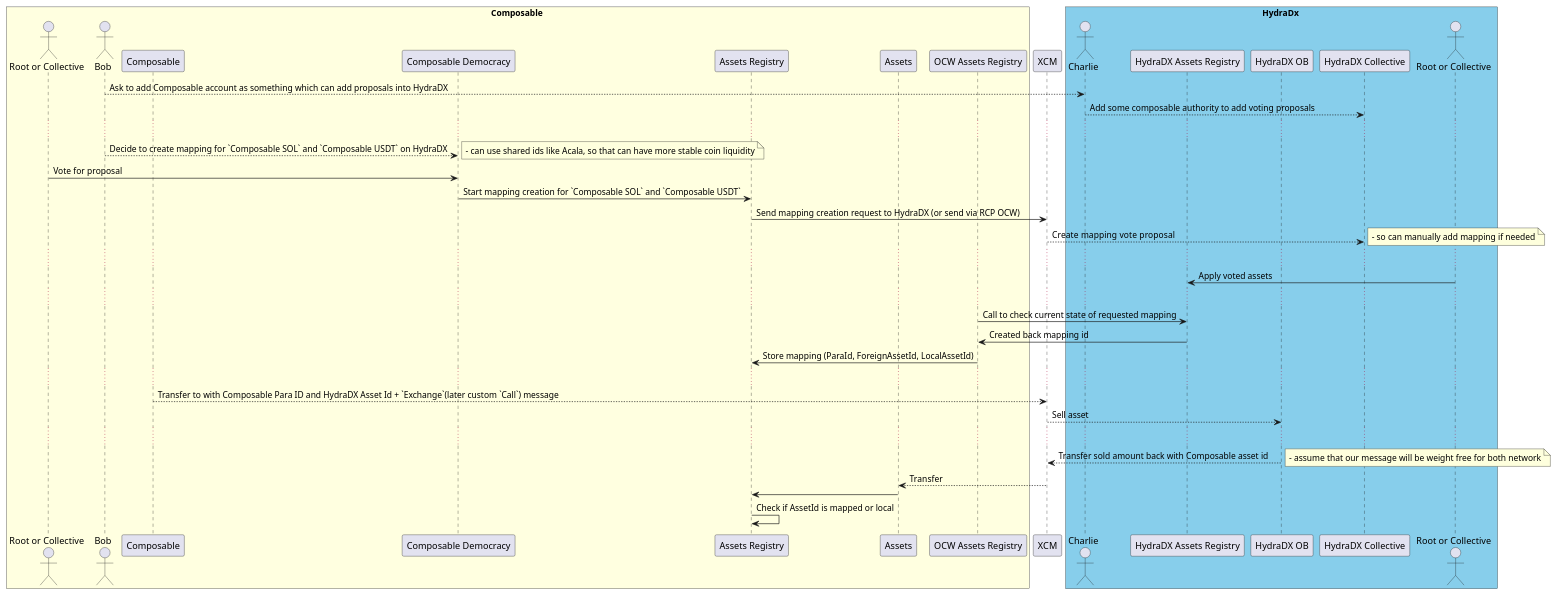
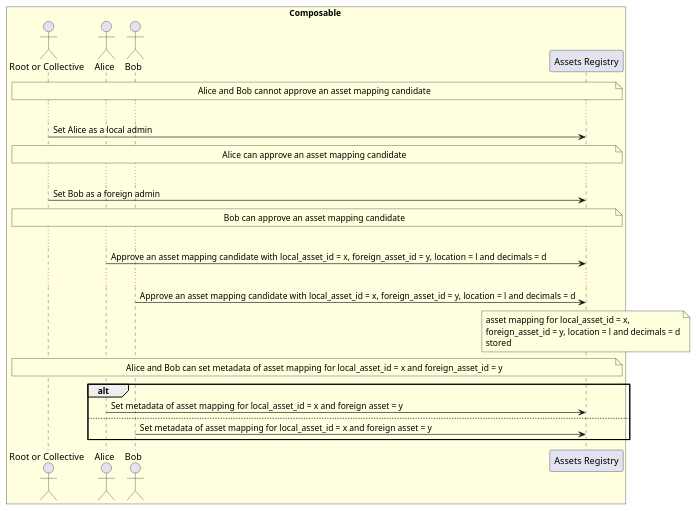
One commit to ComposableFi/composable changed the diagram in docs/docs/internal/xcmp/mapping.plantuml. Above: the diagram before and after it, drawn with PlantUML. The commit also changed other lines of this file and 2 other files, not shown here.

```diff
--- a/docs/docs/internal/xcmp/mapping.plantuml
+++ b/docs/docs/internal/xcmp/mapping.plantuml
@@ -1,79 +1,137 @@
 @startuml
 
-box Composable #LightYellow
-  actor "Root or Collective" as composable_authority
-  actor "Bob" as bob
-  participant "Composable" as composable
-  participant "Composable Democracy" as composable_democracy
-  participant "Assets Registry" as assets_registry_pallet
-  participant "Assets" as assets_pallet
-  participant "OCW Assets Registry" as assets_registry_ocw
-end box
+alt simple
+  picasso --> karura : request open half channel
+  karura --\ picasso : accept open half channel
+  karura --\ picasso : accept open half channel
+  picasso --\ karura : request open half channel
+  picasso -> picasso : register incoming asset `(Parent(Kusama), Parachain(Karura), Key(KUSD))`
+  karura -> karura : register incoming asset `(Parent(Kusama), Parachain(Picasso), Key(PICA))`
+  
+else real
+  picasso --> karura : request open half channel
+  karura --\ picasso : accept open half channel
+end
 
-participant XCM as xcm
+' box Composable #LightYellow
+'   actor "Root or Collective" as composable_authority
+'   actor "Bob" as bob
+'   participant "Composable" as composable
+'   participant "Composable Democracy" as composable_democracy
+'   participant "Assets Registry" as assets_registry_pallet
+'   participant "Assets" as assets_pallet
+'   participant "OCW Assets Registry" as assets_registry_ocw
+' end box
 
-box HydraDx #SkyBlue
-  actor "Charlie" as charlie
-  participant "HydraDX Assets Registry" as assets_registry_hydra_dx
-  participant "HydraDX OB" as dex
-  participant "HydraDX Collective" as hydra_dx_collective
-  actor "Root or Collective" as hydra_dx_authority
-end box
+' participant XCM as xcm
+
+' box HydraDx #SkyBlue
+'   actor "Charlie" as charlie
+'   participant "HydraDX Assets Registry" as assets_registry_hydra_dx
+'   participant "HydraDX OB" as dex
+'   participant "HydraDX Collective" as hydra_dx_collective
+'   actor "Root or Collective" as hydra_dx_authority
+' end box
 
 
-bob --> charlie: Ask to add Composable account as something which can add proposals into HydraDX
+' bob --> charlie: Ask to add Composable account as something which can add proposals into HydraDX
 
-charlie --> hydra_dx_collective : Add some composable authority to add voting proposals
+' charlie --> hydra_dx_collective : Add some composable authority to add voting proposals
 
-...
+' ...
 
-bob --> composable_democracy : Decide to create mapping for `Composable SOL` and `Composable USDT` on HydraDX
-note right
- - can use shared ids like Acala, so that can have more stable coin liquidity
-end note
+' bob --> composable_democracy : Decide to create mapping for `Composable SOL` and `Composable USDT` on HydraDX
+' note right
+'  - can use shared ids like Acala, so that can have more stable coin liquidity
+' end note
 
-composable_authority -> composable_democracy : Vote for proposal
+' composable_authority -> composable_democracy : Vote for proposal
 
-composable_democracy -> assets_registry_pallet : Start mapping creation for `Composable SOL` and `Composable USDT`
+' composable_democracy -> assets_registry_pallet : Start mapping creation for `Composable SOL` and `Composable USDT`
 
-assets_registry_pallet -> xcm: Send mapping creation request to HydraDX (or send via RCP OCW)
+' assets_registry_pallet -> xcm: Send mapping creation request to HydraDX (or send via RCP OCW)
 
-xcm --> hydra_dx_collective : Create  mapping vote proposal
-note right
- - so can manually add mapping if needed
-end note
+' xcm --> hydra_dx_collective : Create  mapping vote proposal
+' note right
+'  - so can manually add mapping if needed
+' end note
 
 
-...
+' ...
 
-hydra_dx_authority -> assets_registry_hydra_dx : Apply voted assets
+' hydra_dx_authority -> assets_registry_hydra_dx : Apply voted assets
 
-...
+' ...
 
-assets_registry_ocw -> assets_registry_hydra_dx :  Call to check current state of requested mapping
+' assets_registry_ocw -> assets_registry_hydra_dx :  Call to check current state of requested mapping
 
-assets_registry_hydra_dx -> assets_registry_ocw: Created back mapping id
+' assets_registry_hydra_dx -> assets_registry_ocw: Created back mapping id
 
-assets_registry_ocw -> assets_registry_pallet: Store mapping (ParaId, ForeignAssetId, LocalAssetId)
+' assets_registry_ocw -> assets_registry_pallet: Store mapping (ParaId, ForeignAssetId, LocalAssetId)
 
-...
+' ...
 
-composable --> xcm: Transfer to with Composable Para ID and HydraDX Asset Id + `Exchange`(later custom `Call`) message
+' composable --> xcm: Transfer to with Composable Para ID and HydraDX Asset Id + `Exchange`(later custom `Call`) message
 
-xcm --> dex : Sell asset
+' xcm --> dex : Sell asset
 
-...
+' ...
 
 
-dex --> xcm: Transfer sold amount back with Composable asset id
-note right
-  - assume that our message will be weight free for both network
-end note
+' dex --> xcm: Transfer sold amount back with Composable asset id
+' note right
+'   - assume that our message will be weight free for both network
+' end note
 
-xcm --> assets_pallet : Transfer
+' xcm --> assets_pallet : Transfer
 
-assets_pallet -> assets_registry_pallet :
+' assets_pallet -> assets_registry_pallet :
 
-assets_registry_pallet -> assets_registry_pallet: Check if AssetId is mapped or local
+' assets_registry_pallet -> assets_registry_pallet: Check if AssetId is mapped or local
+
+' @enduml
+
+
+' @startuml "Assets Mapping"
+
+' box Composable #LightYellow
+'   actor "Root or Collective" as composable_authority
+'   actor "Alice" as alice
+'   actor "Bob" as bob
+'   participant "Assets Registry" as assets_registry_pallet
+' end box
+
+' note across: Alice and Bob cannot approve an asset mapping candidate
+
+' ...
+
+' composable_authority -> assets_registry_pallet: Set Alice as a local admin
+' note across: Alice can approve an asset mapping candidate
+
+' ...
+
+' composable_authority -> assets_registry_pallet: Set Bob as a foreign admin
+' note across: Bob can approve an asset mapping candidate
+
+' ...
+
+' alice -> assets_registry_pallet: Approve an asset mapping candidate with local_asset_id = x, foreign_asset_id = y, location = l and decimals = d
+
+' ...
+
+' bob -> assets_registry_pallet: Approve an asset mapping candidate with local_asset_id = x, foreign_asset_id = y, location = l and decimals = d
+' note over assets_registry_pallet
+' asset mapping for local_asset_id = x,
+' foreign_asset_id = y, location = l and decimals = d
+' stored
+' end note
+
+' note across: Alice and Bob can set metadata of asset mapping for local_asset_id = x and foreign_asset_id = y
+
+' alt
+'   alice -> assets_registry_pallet: Set metadata of asset mapping for local_asset_id = x and foreign asset = y
+' else
+'   bob -> assets_registry_pallet: Set metadata of asset mapping for local_asset_id = x and foreign asset = y
+' end
 
 @enduml
```
